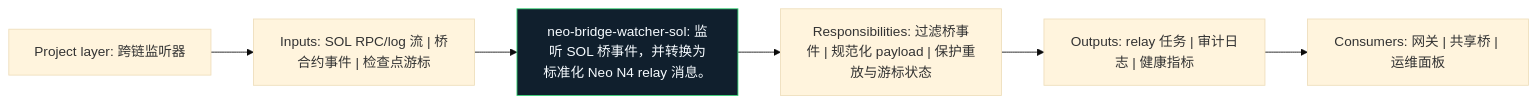
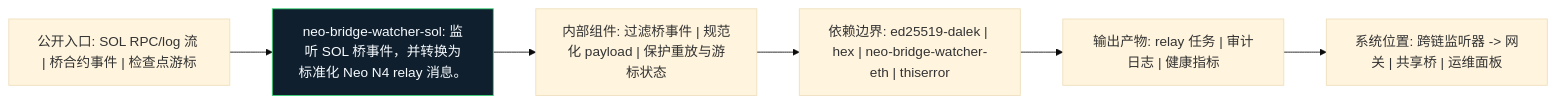
The diagram in watchers/neo-bridge-watcher-sol/docs/figures/architecture.zh.mmd (r3e-network/neo-n4), drawn with Mermaid (base theme) before and after one commit. The commit also changed 129 other files, not shown here.

```diff
--- a/watchers/neo-bridge-watcher-sol/docs/figures/architecture.zh.mmd
+++ b/watchers/neo-bridge-watcher-sol/docs/figures/architecture.zh.mmd
@@ -1,14 +1,14 @@
 flowchart LR
-    N1["Project layer: 跨链监听器"]
-    N2["Inputs: SOL RPC/log 流 | 桥合约事件 | 检查点游标"]
-    N3["neo-bridge-watcher-sol: 监听 SOL 桥事件，并转换为标准化 Neo N4 relay 消息。"]
-    N4["Responsibilities: 过滤桥事件 | 规范化 payload | 保护重放与游标状态"]
-    N5["Outputs: relay 任务 | 审计日志 | 健康指标"]
-    N6["Consumers: 网关 | 共享桥 | 运维面板"]
+    N1["公开入口: SOL RPC/log 流 | 桥合约事件 | 检查点游标"]
+    N2["neo-bridge-watcher-sol: 监听 SOL 桥事件，并转换为标准化 Neo N4 relay 消息。"]
+    N3["内部组件: 过滤桥事件 | 规范化 payload | 保护重放与游标状态"]
+    N4["依赖边界: ed25519-dalek | hex | neo-bridge-watcher-eth | thiserror"]
+    N5["输出产物: relay 任务 | 审计日志 | 健康指标"]
+    N6["系统位置: 跨链监听器 -> 网关 | 共享桥 | 运维面板"]
     N1 --> N2
     N2 --> N3
     N3 --> N4
     N4 --> N5
     N5 --> N6
     classDef crate fill:#101f2d,stroke:#38d978,color:#f6fbff
-    class N3 crate
+    class N2 crate
```
